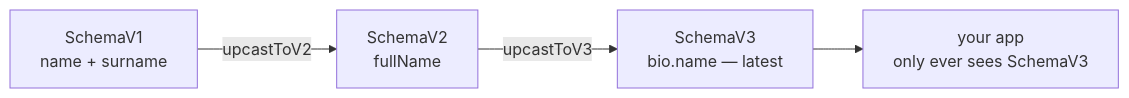
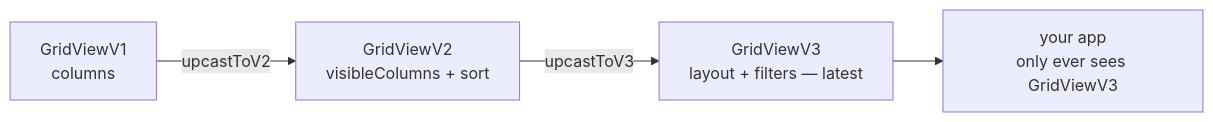
Before and after one commit to gaevoy/gaevoy.github.io: the diagram in _posts/2026-07-14-upcasting-frontend-schema-evolution.md, drawn with Mermaid. The commit also changed other lines of this file and 1 other file, not shown here.

Commit message:
Publish blog post on evolving frontend schema with upcasting and update AI disclaimer

````diff
--- a/_posts/2026-07-14-upcasting-frontend-schema-evolution.md
+++ b/_posts/2026-07-14-upcasting-frontend-schema-evolution.md
@@ -134,6 +154,6 @@
 ```mermaid
 flowchart LR
-    V1["SchemaV1<br/>name + surname"] -->|upcastToV2| V2["SchemaV2<br/>fullName"]
-    V2 -->|upcastToV3| V3["SchemaV3<br/>bio.name — latest"]
-    V3 --> APP["your app<br/>only ever sees SchemaV3"]
+    V1["GridViewV1<br/>columns"] -->|upcastToV2| V2["GridViewV2<br/>visibleColumns + sort"]
+    V2 -->|upcastToV3| V3["GridViewV3<br/>layout + filters — latest"]
+    V3 --> APP["your app<br/>only ever sees GridViewV3"]
 ```
````
